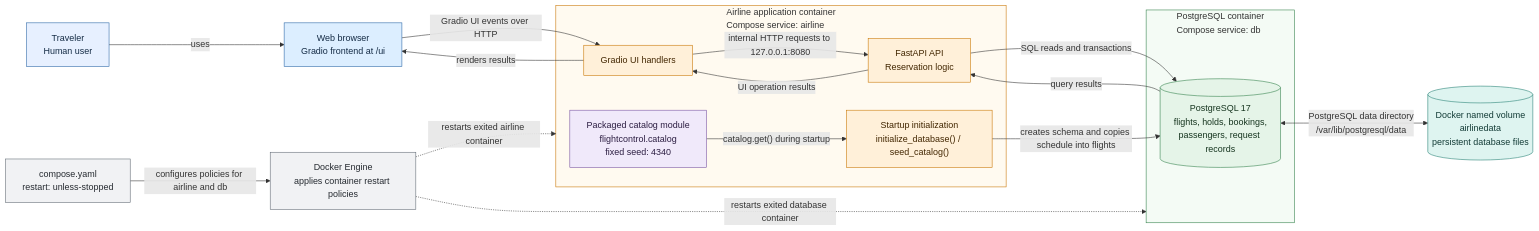
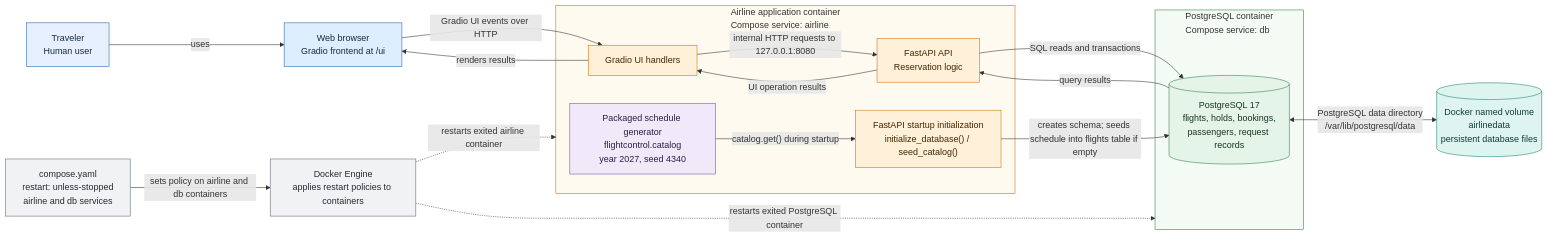
The third of 3 diagrams in DATA_FLOW_DIAGRAM.md (LPahlas/flight-control), drawn with Mermaid before and after one commit. The commit also changed other lines of this file, not shown here.

Commit message:
Refactor DATA_FLOW_DIAGRAM to enhance clarity and detail in the airline reservation flow

````diff
--- a/DATA_FLOW_DIAGRAM.md
+++ b/DATA_FLOW_DIAGRAM.md
@@ -119,56 +119,56 @@
 ```mermaid
 flowchart LR
     traveler["Traveler<br/>Human user"]
     browser["Web browser<br/>Gradio frontend at /ui"]
 
     subgraph airline["Airline application container<br/>Compose service: airline"]
         ui["Gradio UI handlers"]
         api["FastAPI API<br/>Reservation logic"]
-        startup["Startup initialization<br/>initialize_database() / seed_catalog()"]
-        catalog["Packaged catalog module<br/>flightcontrol.catalog<br/>fixed seed: 4340"]
+        startup["FastAPI startup initialization<br/>initialize_database() / seed_catalog()"]
+        catalog["Packaged schedule generator<br/>flightcontrol.catalog<br/>year 2027, seed 4340"]
     end
 
     subgraph postgres_service["PostgreSQL container<br/>Compose service: db"]
         database[("PostgreSQL 17<br/>flights, holds, bookings,<br/>passengers, request records")]
     end
 
     volume[("Docker named volume<br/>airlinedata<br/>persistent database files")]
-    compose["compose.yaml<br/>restart: unless-stopped"]
-    docker["Docker Engine<br/>applies container restart policies"]
+    compose["compose.yaml<br/>restart: unless-stopped<br/>airline and db services"]
+    docker["Docker Engine<br/>applies restart policies to containers"]
 
     traveler -->|"uses"| browser
     browser -->|"Gradio UI events over HTTP"| ui
     ui -->|"internal HTTP requests to 127.0.0.1:8080"| api
     api -->|"SQL reads and transactions"| database
     database -->|"query results"| api
     api -->|"UI operation results"| ui
     ui -->|"renders results"| browser
 
     catalog -->|"catalog.get() during startup"| startup
-    startup -->|"creates schema and copies schedule into flights"| database
+    startup -->|"creates schema; seeds schedule into flights table if empty"| database
 
     database <-->|"PostgreSQL data directory<br/>/var/lib/postgresql/data"| volume
 
-    compose -->|"configures policies for airline and db"| docker
+    compose -->|"sets policy on airline and db containers"| docker
     docker -.->|"restarts exited airline container"| airline
-    docker -.->|"restarts exited database container"| postgres_service
+    docker -.->|"restarts exited PostgreSQL container"| postgres_service
 
     classDef person fill:#e7f0ff,stroke:#2864a5,color:#142b45
     classDef frontend fill:#dceeff,stroke:#2864a5,color:#142b45
     classDef backend fill:#fff0d9,stroke:#c87500,color:#422600
     classDef dbElement fill:#e5f4e8,stroke:#32804a,color:#16351f
     classDef storage fill:#def4f0,stroke:#258074,color:#123b36
     classDef packaged fill:#f0e9fa,stroke:#7650a1,color:#2c1e42
     classDef operations fill:#f1f2f4,stroke:#626b75,color:#252a30
 
     class traveler person
     class browser frontend
     class ui,api,startup backend
     class database dbElement
     class volume storage
     class catalog packaged
     class compose,docker operations
 
     style airline fill:#fffaf0,stroke:#c87500,stroke-width:1px
     style postgres_service fill:#f4fbf5,stroke:#32804a,stroke-width:1px
 ```
````
